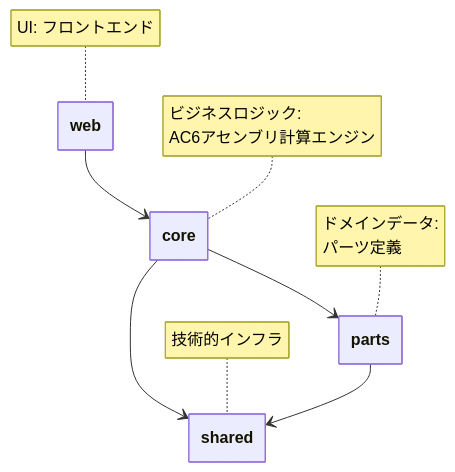
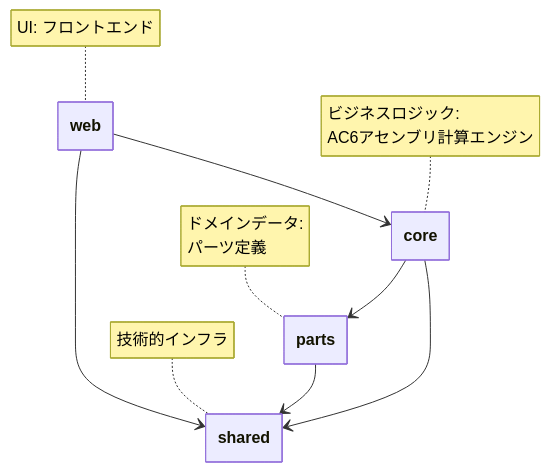
Before and after one commit to tooppoo/ac6_assemble_tool: the diagram in README.md, drawn with Mermaid. The commit also changed other lines of this file, not shown here.

````diff
--- a/README.md
+++ b/README.md
@@ -116,23 +104,24 @@
 ```mermaid
 ---
   config:
     class:
       hideEmptyMembersBox: true
 ---
 classDiagram
 
 class core
 class parts
 class shared
 class web
 
 note for core "ビジネスロジック:<br>AC6アセンブリ計算エンジン"
 note for parts "ドメインデータ:<br>パーツ定義"
 note for shared "技術的インフラ"
 note for web "UI: フロントエンド"
 
 core --> shared
 web --> core
 core --> parts
 parts --> shared
+web --> shared
 ```
````
